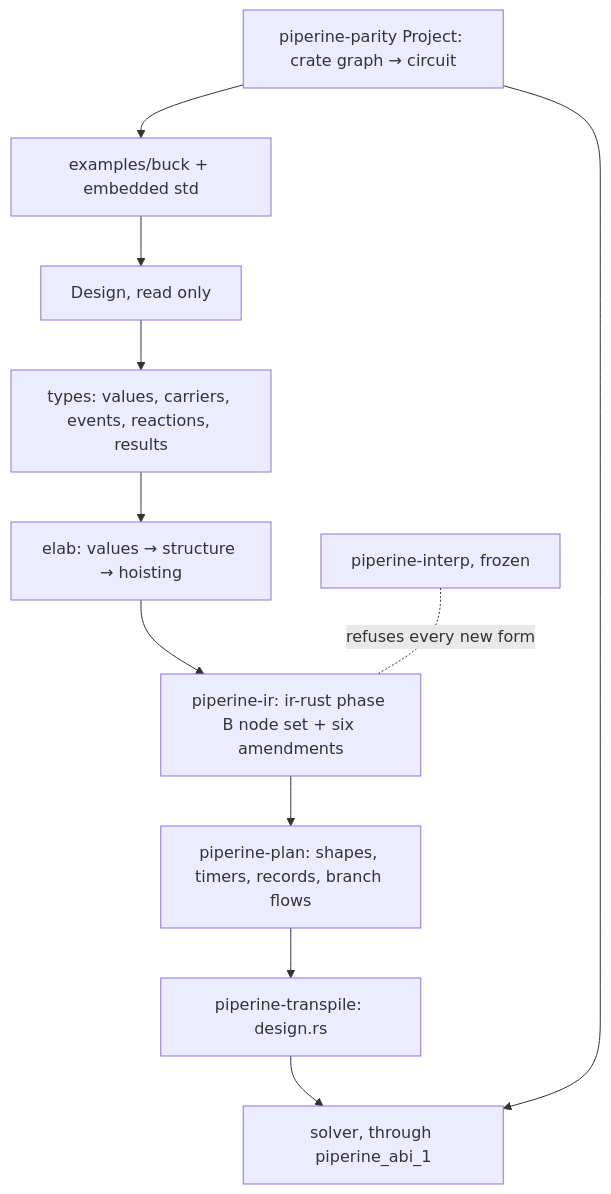
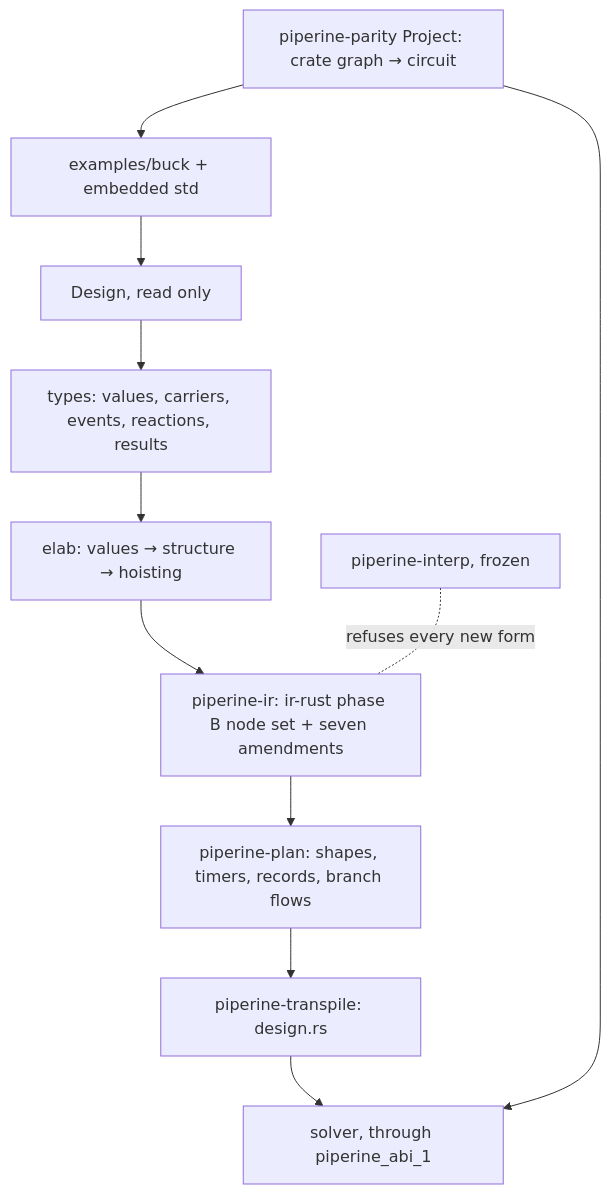
One commit to vkeslarek/piperine changed the diagram in .specs/features/msl-digital/design.md. Above: the diagram before and after it, drawn with Mermaid. The commit also changed other lines of this file and 2 other files, not shown here.

````diff
--- a/.specs/features/msl-digital/design.md
+++ b/.specs/features/msl-digital/design.md
@@ -12,13 +12,13 @@
 ```mermaid
 flowchart TD
     SRC[examples/buck + embedded std] --> POM[Design, read only]
     POM --> TY[types: values, carriers, events, reactions, results]
     TY --> EL[elab: values → structure → hoisting]
-    EL --> IR[piperine-ir: ir-rust phase B node set + six amendments]
+    EL --> IR[piperine-ir: ir-rust phase B node set + seven amendments]
     IR --> PL[piperine-plan: shapes, timers, records, branch flows]
     PL --> TR[piperine-transpile: design.rs]
     TR --> SO[solver, through piperine_abi_1]
     PJ[piperine-parity Project: crate graph → circuit] --> SRC
     PJ --> SO
     INT[piperine-interp, frozen] -. refuses every new form .- IR
 ```
````
